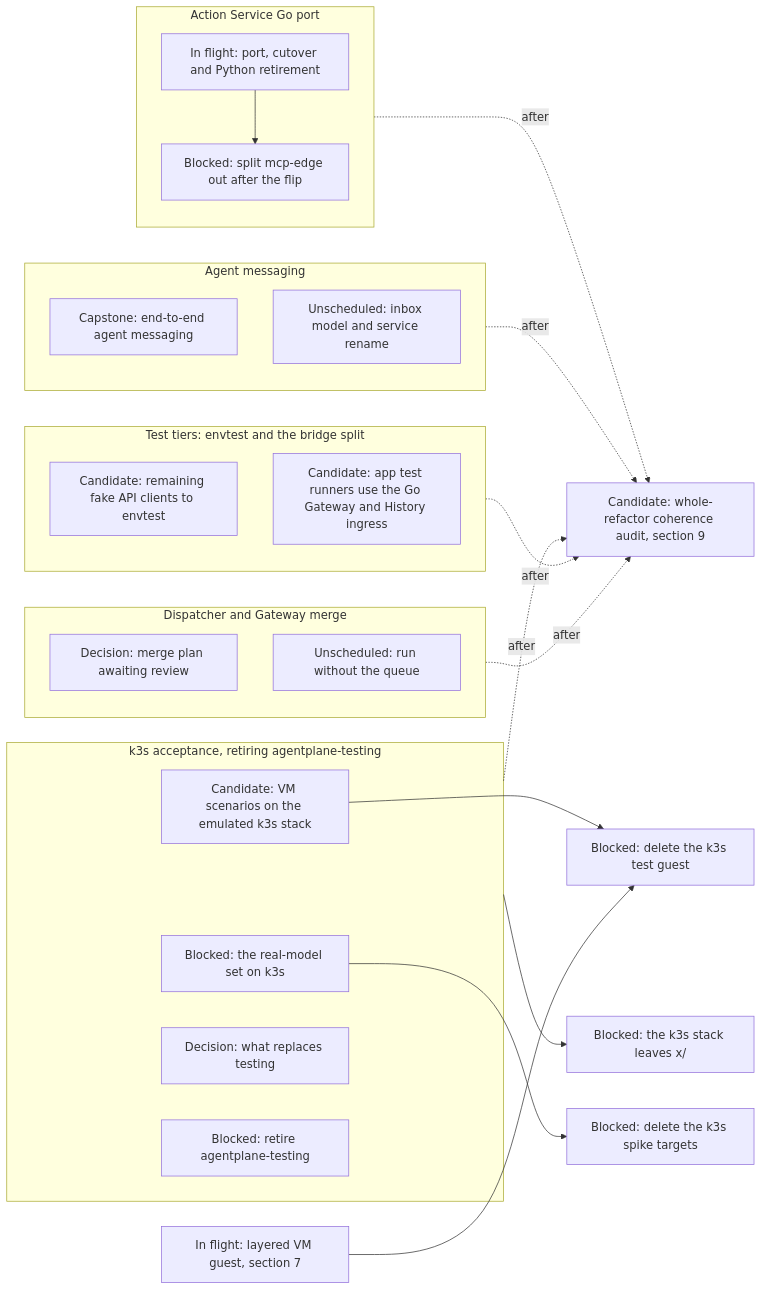
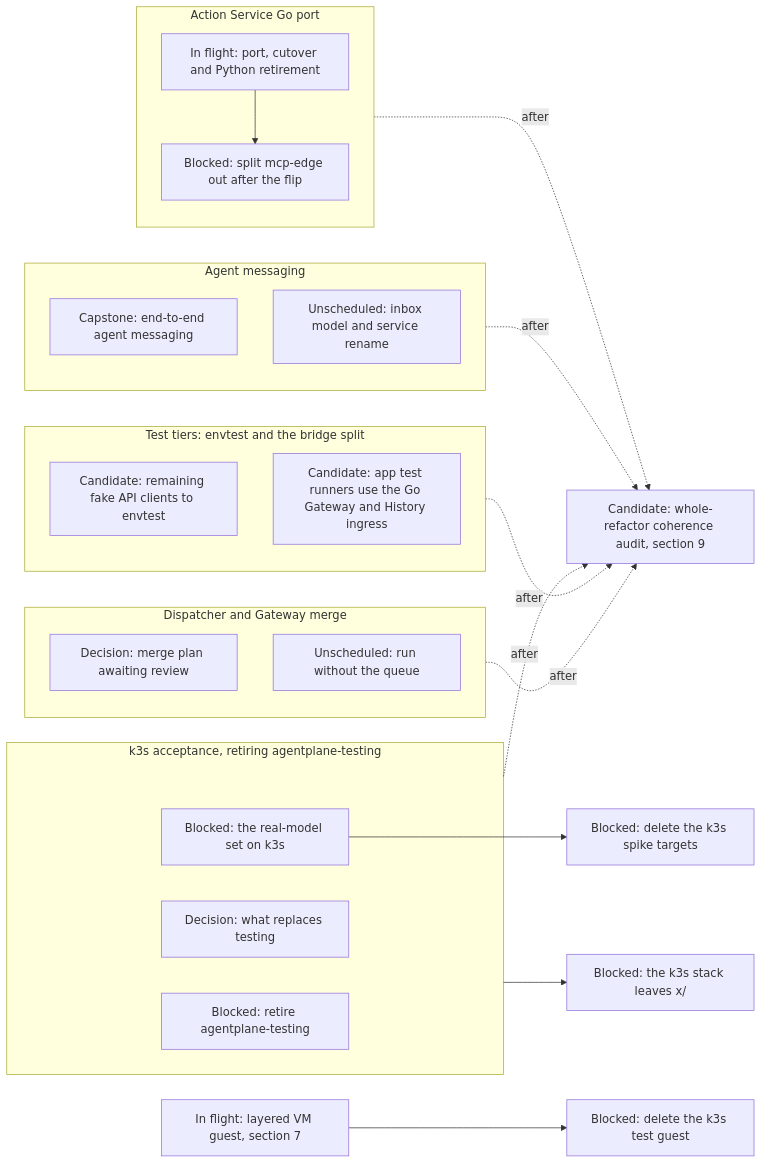
The first of 19 diagrams in agentplane/plans/task_dag.md (agentydragon/ducktape), drawn with Mermaid before and after one commit. The commit also changed other lines of this file and 20 other files, not shown here.

First line of the commit message:
agentplane acceptance: run the VM scenarios on the emulated k3s stack

````diff
--- a/agentplane/plans/task_dag.md
+++ b/agentplane/plans/task_dag.md
@@ -29,35 +29,33 @@
 ```mermaid
 flowchart LR
     subgraph ACTION_TRACK[Action Service Go port]
         ACTION_SERVICE_GO_PORT[In flight: port, cutover and Python retirement]
         ACTION_MCP_EDGE_SPLIT[Blocked: split mcp-edge out after the flip]
     end
     subgraph MESSAGING_TRACK[Agent messaging]
         AGENT_MESSAGING[Capstone: end-to-end agent messaging]
         NOTIFICATION_SERVICE_SPLIT[Unscheduled: inbox model and service rename]
     end
     subgraph K3S_TRACK[k3s acceptance, retiring agentplane-testing]
-        K3S_VM_ACCEPTANCE[Candidate: VM scenarios on the emulated k3s stack]
         K3S_MODEL_SCENARIOS[Blocked: the real-model set on k3s]
         TESTING_ROLLOUT_ROLE[Decision: what replaces testing]
         TESTING_ENVIRONMENT_RETIRE[Blocked: retire agentplane-testing]
     end
     subgraph TIER_TRACK[Test tiers: envtest and the bridge split]
         FAKE_CLIENTS_TO_ENVTEST[Candidate: remaining fake API clients to envtest]
         APP_TEST_RUNNER_FIXTURES_GO[Candidate: app test runners use the Go Gateway and History ingress]
     end
     subgraph DISPATCH_TRACK[Dispatcher and Gateway merge]
         DISPATCHER_PERSISTENCE_MODEL_DESIGN[Decision: merge plan awaiting review]
         DISPATCHER_QUEUE_OPTIONAL[Unscheduled: run without the queue]
     end
     ACTION_SERVICE_GO_PORT --> ACTION_MCP_EDGE_SPLIT
     K3S_TRACK --> K3S_ENV_OUT_OF_X[Blocked: the k3s stack leaves x/]
     K3S_MODEL_SCENARIOS --> K3S_SPIKE_TARGETS_RETIRE[Blocked: delete the k3s spike targets]
-    K3S_VM_ACCEPTANCE --> K3S_TEST_GUEST_RETIRE[Blocked: delete the k3s test guest]
-    RUNNER_LAYERING_VM[In flight: layered VM guest, section 7] --> K3S_TEST_GUEST_RETIRE
+    RUNNER_LAYERING_VM[In flight: layered VM guest, section 7] --> K3S_TEST_GUEST_RETIRE[Blocked: delete the k3s test guest]
     ACTION_TRACK -. after .-> REFACTOR_COHERENCE_AUDIT[Candidate: whole-refactor coherence audit, section 9]
     MESSAGING_TRACK -. after .-> REFACTOR_COHERENCE_AUDIT
     K3S_TRACK -. after .-> REFACTOR_COHERENCE_AUDIT
     TIER_TRACK -. after .-> REFACTOR_COHERENCE_AUDIT
     DISPATCH_TRACK -. after .-> REFACTOR_COHERENCE_AUDIT
 ```
````
